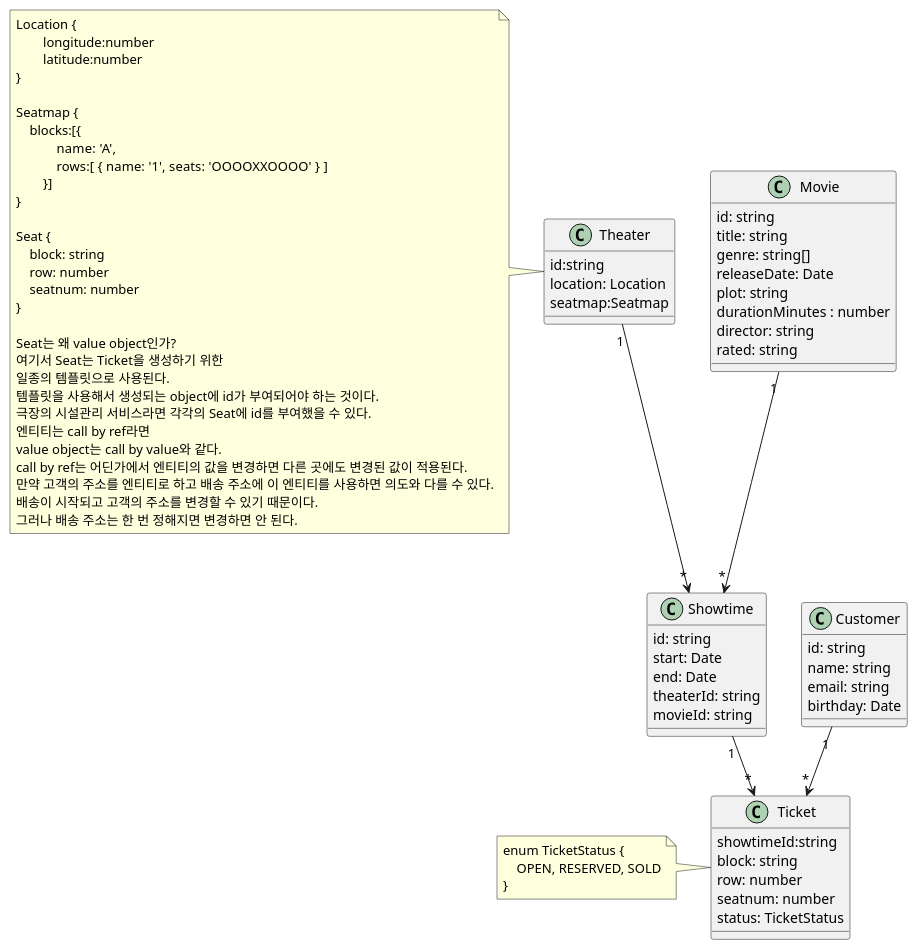
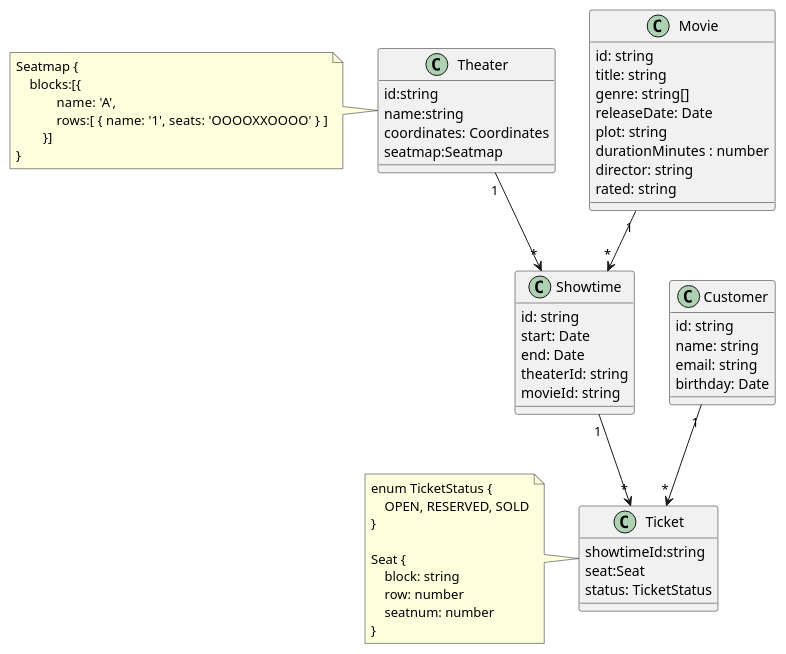
The diagram in docs/entities.md (hunjuly/nest-seed), drawn with PlantUML before and after one commit. The commit also changed 65 other files, not shown here.

```diff
--- a/docs/entities.md
+++ b/docs/entities.md
@@ -22,40 +38,17 @@
 
 class Theater{
     id:string
-    location: Location
+    name:string
+    coordinates: Coordinates
     seatmap:Seatmap
 }
-
 note left
-Location {
-        longitude:number
-        latitude:number
-}
-
 Seatmap {
     blocks:[{
             name: 'A',
             rows:[ {  name: '1', seats: 'OOOOXXOOOO' } ]
         }]
 }
-
-Seat {
-    block: string
-    row: number
-    seatnum: number
-}
-
-Seat는 왜 value object인가?
-여기서 Seat는 Ticket을 생성하기 위한
-일종의 템플릿으로 사용된다.
-템플릿을 사용해서 생성되는 object에 id가 부여되어야 하는 것이다.
-극장의 시설관리 서비스라면 각각의 Seat에 id를 부여했을 수 있다.
-엔티티는 call by ref라면
-value object는 call by value와 같다.
-call by ref는 어딘가에서 엔티티의 값을 변경하면 다른 곳에도 변경된 값이 적용된다.
-만약 고객의 주소를 엔티티로 하고 배송 주소에 이 엔티티를 사용하면 의도와 다를 수 있다.
-배송이 시작되고 고객의 주소를 변경할 수 있기 때문이다.
-그러나 배송 주소는 한 번 정해지면 변경하면 안 된다.
 end note
 
 class Showtime {
@@ -68,15 +61,19 @@
 
 class Ticket{
     showtimeId:string
-    block: string
-    row: number
-    seatnum: number
+    seat:Seat
     status: TicketStatus
 }
 
 note left
 enum TicketStatus {
     OPEN, RESERVED, SOLD
+}
+
+Seat {
+    block: string
+    row: number
+    seatnum: number
 }
 end note
 
```
